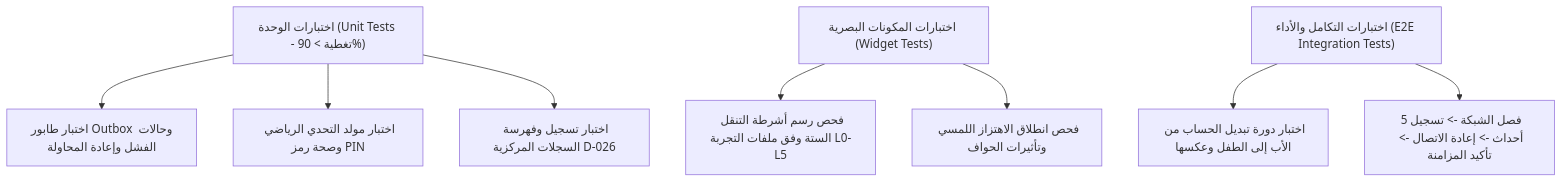
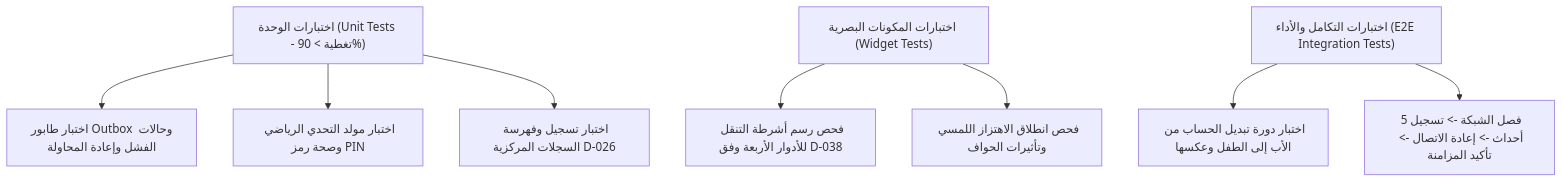
One commit to Bassam-mohammed-alqaeadi/family-os-v2 changed the diagram in spec/03-phase-1-core/s1-01-app-shell-and-platform/07-acceptance-and-tests.md. Above: the diagram before and after it, drawn with Mermaid. The commit also changed other lines of this file and 25 other files, not shown here.

Commit message:
docs(architecture): close D-038 integration consistency

````diff
--- a/spec/03-phase-1-core/s1-01-app-shell-and-platform/07-acceptance-and-tests.md
+++ b/spec/03-phase-1-core/s1-01-app-shell-and-platform/07-acceptance-and-tests.md
@@ -72,16 +72,16 @@
 ```mermaid
 flowchart TD
     UnitTests["اختبارات الوحدة (Unit Tests - تغطية > 90%)"]
     WidgetTests["اختبارات المكونات البصرية (Widget Tests)"]
     IntegrationTests["اختبارات التكامل والأداء (E2E Integration Tests)"]
 
     UnitTests --> OutboxTest["اختبار طابور Outbox وحالات الفشل وإعادة المحاولة"]
     UnitTests --> GateTest["اختبار مولد التحدي الرياضي وصحة رمز PIN"]
     UnitTests --> RegistryTest["اختبار تسجيل وفهرسة السجلات المركزية D-026"]
 
-    WidgetTests --> ShellNavTest["فحص رسم أشرطة التنقل الستة وفق ملفات التجربة L0-L5"]
+    WidgetTests --> ShellNavTest["فحص رسم أشرطة التنقل للأدوار الأربعة وفق D-038"]
     WidgetTests --> HapticTest["فحص انطلاق الاهتزاز اللمسي وتأثيرات الحواف"]
 
     IntegrationTests --> ProfileSwitchE2E["اختبار دورة تبديل الحساب من الأب إلى الطفل وعكسها"]
     IntegrationTests --> OfflineFlushE2E["فصل الشبكة -> تسجيل 5 أحداث -> إعادة الاتصال -> تأكيد المزامنة"]
 ```
````
